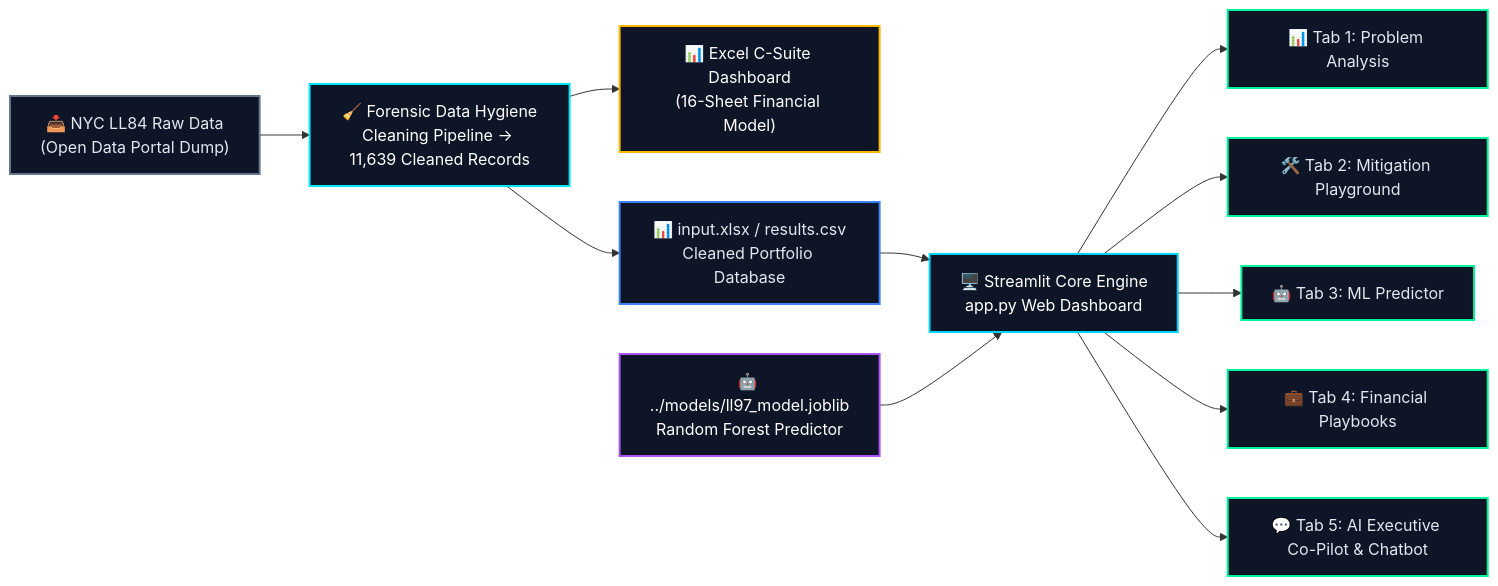
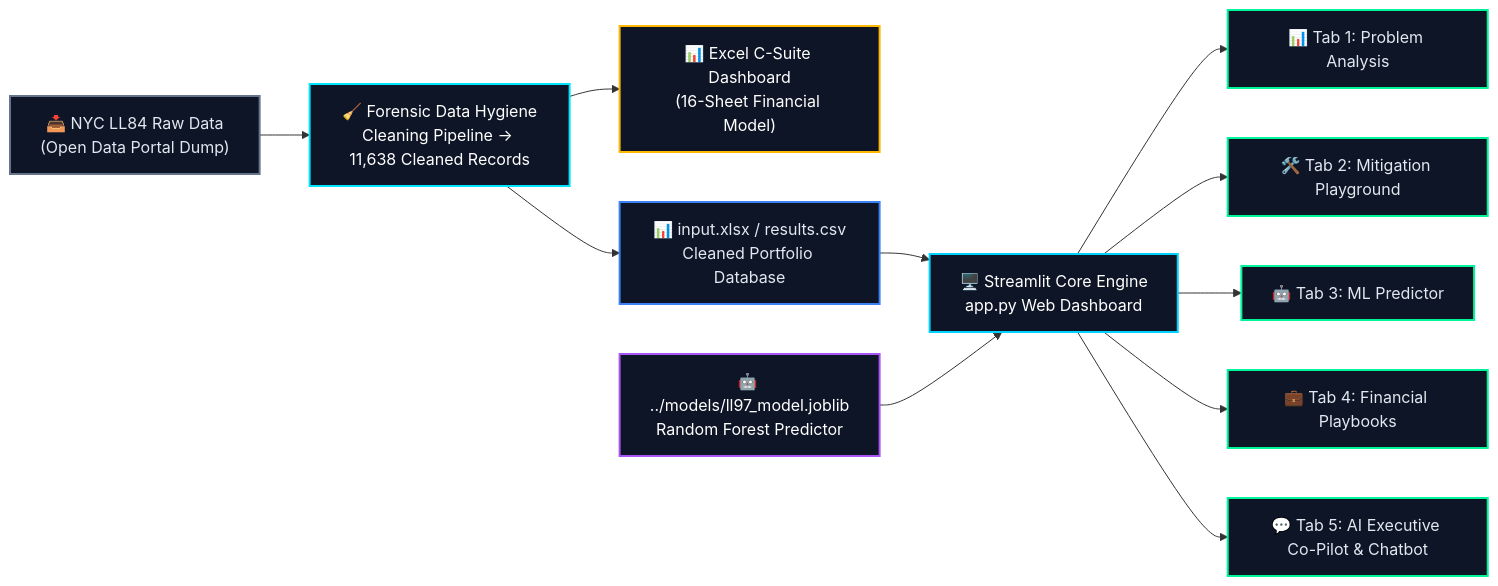
The diagram in application/README.md (Huda-Amr/carbon-heist-mitigation), drawn with Mermaid before and after one commit. The commit also changed other lines of this file and 13 other files, not shown here.

````diff
--- a/application/README.md
+++ b/application/README.md
@@ -33,21 +33,21 @@
 ```mermaid
 flowchart LR
-    RAW["📥 NYC LL84 Raw Data\n(Open Data Portal Dump)"]:::raw --> CLEAN["🧹 Forensic Data Hygiene\nCleaning Pipeline → 11,639 Cleaned Records"]:::clean
+    RAW["📥 NYC LL84 Raw Data\n(Open Data Portal Dump)"]:::raw --> CLEAN["🧹 Forensic Data Hygiene\nCleaning Pipeline → 11,638 Cleaned Records"]:::clean
     CLEAN --> EXCEL["📊 Excel C-Suite Dashboard\n(16-Sheet Financial Model)"]:::excel
     CLEAN --> DATA["📊 input.xlsx / results.csv\nCleaned Portfolio Database"]:::data
     DATA --> CORE["🖥️ Streamlit Core Engine\napp.py Web Dashboard"]:::core
     ML["🤖 ../models/ll97_model.joblib\nRandom Forest Predictor"]:::ml --> CORE
     CORE --> T1["📊 Tab 1: Problem Analysis"]:::tab
     CORE --> T2["🛠️ Tab 2: Mitigation Playground"]:::tab
     CORE --> T3["🤖 Tab 3: ML Predictor"]:::tab
     CORE --> T4["💼 Tab 4: Financial Playbooks"]:::tab
     CORE --> T5["💬 Tab 5: AI Executive Co-Pilot & Chatbot"]:::tab
 
     classDef raw fill:#0d1526,stroke:#64748b,stroke-width:2px,color:#e2e8f0
     classDef clean fill:#0d1526,stroke:#00E5FF,stroke-width:2px,color:#ffffff
     classDef excel fill:#0d1526,stroke:#FFB800,stroke-width:2px,color:#ffffff
     classDef data fill:#0d1526,stroke:#3b82f6,stroke-width:2px,color:#e2e8f0
     classDef core fill:#0d1526,stroke:#00D2FF,stroke-width:2px,color:#ffffff
     classDef ml fill:#0d1526,stroke:#A855F7,stroke-width:2px,color:#ffffff
     classDef tab fill:#0d1526,stroke:#00F59B,stroke-width:2px,color:#e2e8f0
 ```
````
